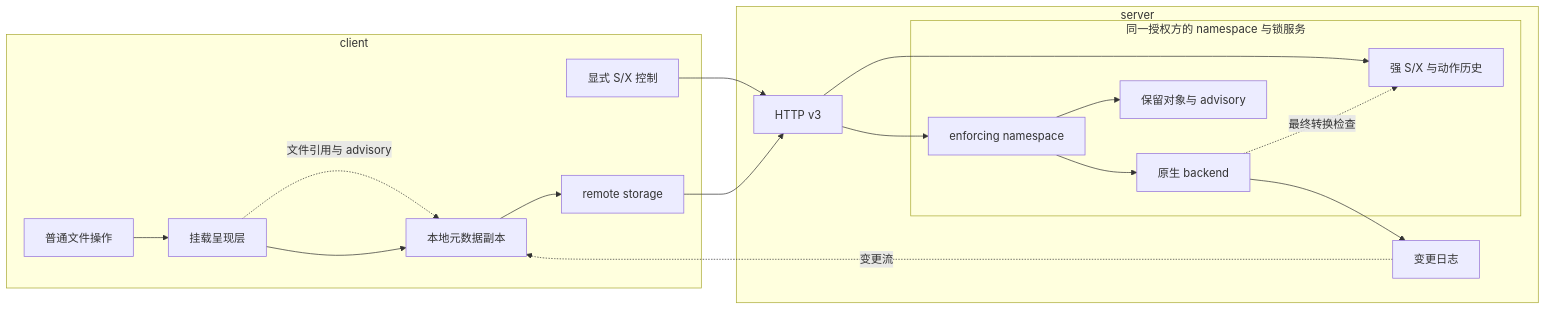
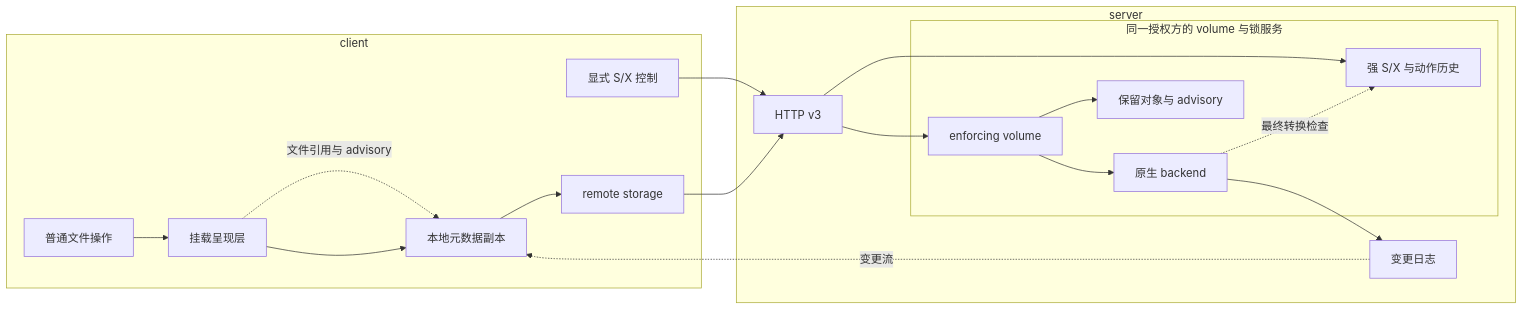
Before and after one commit to codetreker/remote-fs: the diagram in docs/design/architecture.md, drawn with Mermaid. The commit also changed other lines of this file and 246 other files, not shown here.

````diff
--- a/docs/design/architecture.md
+++ b/docs/design/architecture.md
@@ -17,26 +17,26 @@
 ```mermaid
 flowchart LR
     subgraph client[client]
         App[普通文件操作] --> Fuse[挂载呈现层]
         Fuse --> Replica[本地元数据副本]
         Replica --> Remote[remote storage]
         SDK[显式 S/X 控制]
         Fuse -. 文件引用与 advisory .-> Replica
     end
     subgraph server[server]
         HTTP[HTTP v3]
-        subgraph Pair[同一授权方的 namespace 与锁服务]
-            Namespace[enforcing namespace] --> Backend[原生 backend]
+        subgraph Pair[同一授权方的 volume 与锁服务]
+            volume[enforcing volume] --> Backend[原生 backend]
             Authority[强 S/X 与动作历史]
             Files[保留对象与 advisory]
-            Namespace --> Files
+            volume --> Files
             Backend -. 最终转换检查 .-> Authority
         end
-        HTTP --> Namespace
+        HTTP --> volume
         HTTP --> Authority
         Backend --> Log[变更日志]
     end
     Remote --> HTTP
     SDK --> HTTP
     Log -. 变更流 .-> Replica
 ```
````
